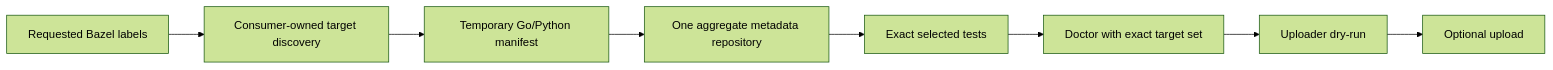
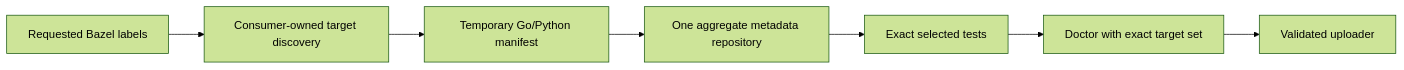
One commit to DataDog/rules_test_optimization changed the diagram in README.md. Above: the diagram before and after it, drawn with Mermaid (forest theme). The commit also changed other lines of this file and 1296 other files, not shown here.

````diff
--- a/README.md
+++ b/README.md
@@ -76,10 +83,9 @@
 ```mermaid
 flowchart LR
   U[Requested Bazel labels] --> Q[Consumer-owned target discovery]
   Q --> M[Temporary Go/Python manifest]
   M --> R[One aggregate metadata repository]
   R --> T[Exact selected tests]
   T --> D[Doctor with exact target set]
-  D --> V[Uploader dry-run]
-  V --> X[Optional upload]
+  D --> V[Validated uploader]
 ```
````
